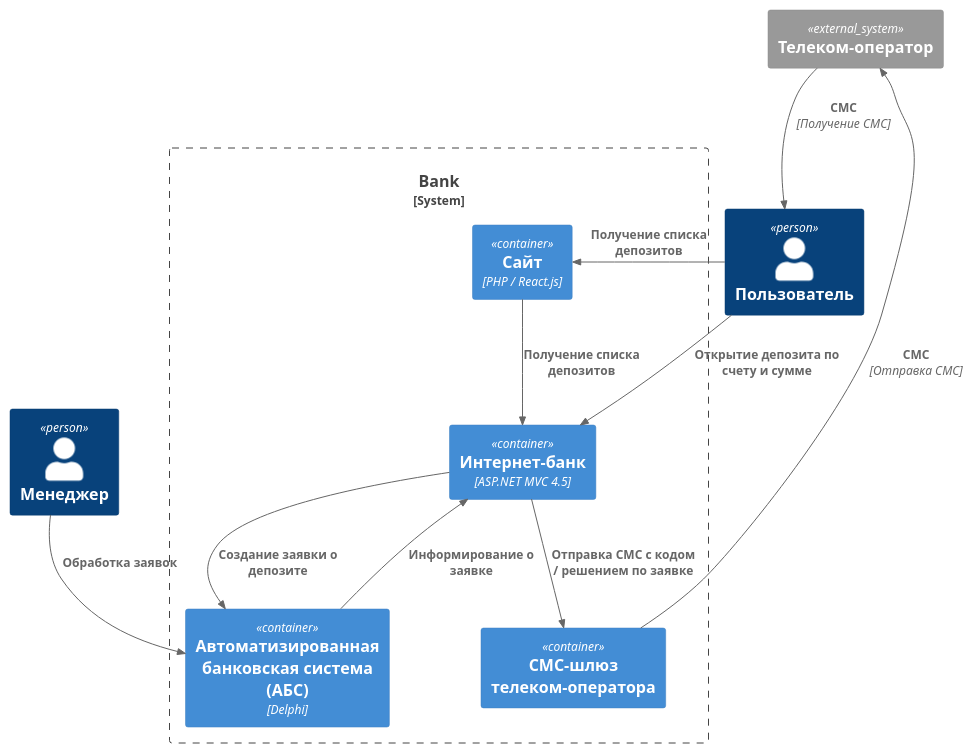
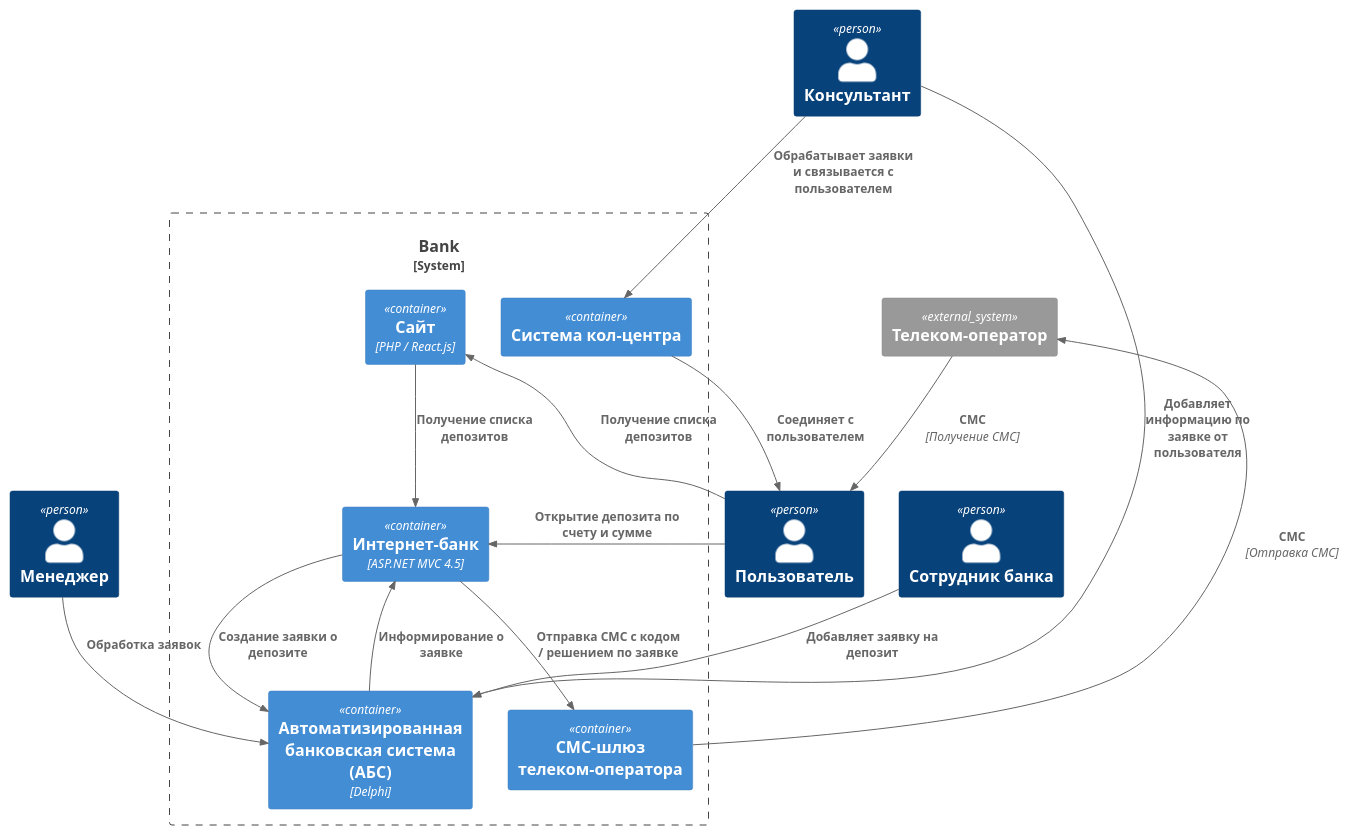
The diagram in Exc3/sources/C4_system.puml (Implozium/architecture-sprint-9), drawn with PlantUML before and after one commit. The commit also changed 3 other files, not shown here.

```diff
--- a/Exc3/sources/C4_system.puml
+++ b/Exc3/sources/C4_system.puml
@@ -1,27 +1,34 @@
 @startuml
 !include https://raw.githubusercontent.com/plantuml-stdlib/C4-PlantUML/master/C4_Component.puml
 
 Person(user, "Пользователь")
 Person(manager, "Менеджер")
+Person(consultant, "Консультант")
+Person(employee, "Сотрудник банка")
 
 System_Ext(operator, "Телеком-оператор")
 
 System_Boundary(bank, "Bank") {
+    Container(callCenter, "Система кол-центра")
     Container(site, "Сайт", "PHP / React.js")
     Container(internetBank, "Интернет-банк", "ASP.NET MVC 4.5")
     Container(ABC, "Автоматизированная банковская система (АБС)", "Delphi")
     Container(gateway, "СМС-шлюз телеком-оператора")
 
     Rel(site, internetBank, "Получение списка депозитов")
     Rel(internetBank, gateway, "Отправка СМС с кодом / решением по заявке")
     Rel(internetBank, ABC, "Создание заявки о депозите")
     Rel(ABC, internetBank, "Информирование о заявке")
 }
 
 Rel(gateway, operator, "СМС", "Отправка СМС")
 Rel(user, site, "Получение списка депозитов")
 Rel(user, internetBank, "Открытие депозита по счету и сумме")
 Rel(operator, user, "СМС", "Получение СМС")
+Rel(consultant, callCenter, "Обрабатывает заявки и связывается с пользователем")
+Rel(callCenter, user, "Соединяет с пользователем")
+Rel(consultant, ABC, "Добавляет информацию по заявке от пользователя")
+Rel(employee, ABC, "Добавляет заявку на депозит")
 
 Rel(manager, ABC, "Обработка заявок")
 @enduml
```
